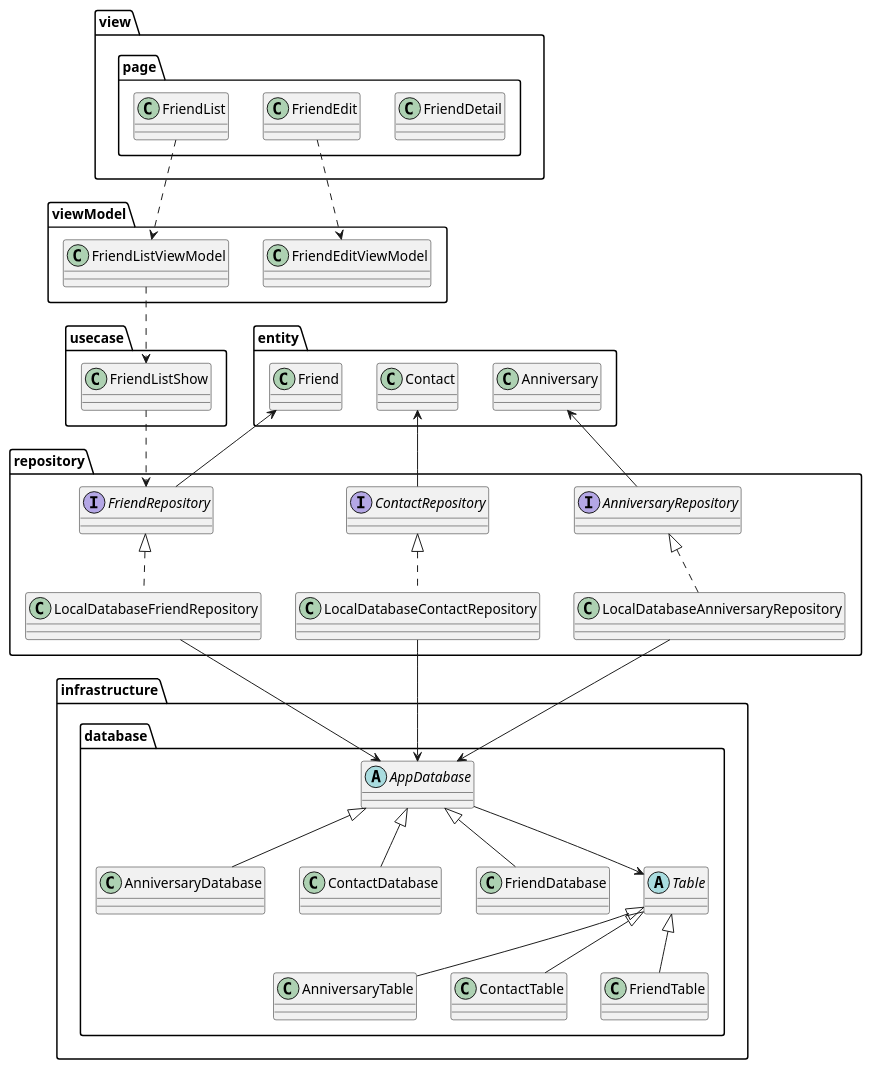
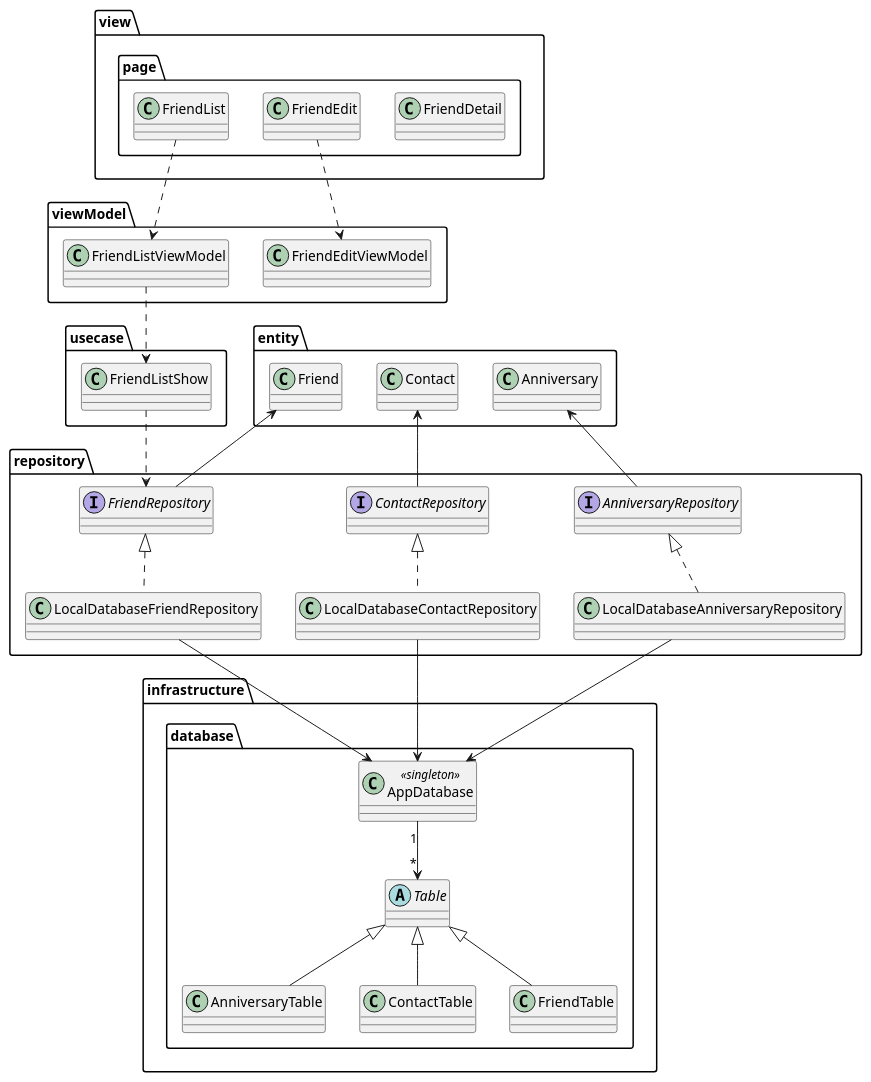
The diagram in uml/class_diagram.pu (nmskm240/friend_list), drawn with PlantUML before and after one commit. The commit also changed 12 other files, not shown here.

```diff
--- a/uml/class_diagram.pu
+++ b/uml/class_diagram.pu
@@ -1,76 +1,70 @@
 @startuml
 
 package view {
     package page {
         class FriendDetail
         class FriendEdit
         class FriendList
     }
 }
 
 package viewModel {
     class FriendListViewModel
     class FriendEditViewModel
 }
 
 package usecase {
     class FriendListShow
 }
 
 
 package repository {
     interface AnniversaryRepository
     interface ContactRepository
     interface FriendRepository
     class LocalDatabaseAnniversaryRepository
     class LocalDatabaseContactRepository
     class LocalDatabaseFriendRepository
 }
 
 package entity {
     class Anniversary
     class Contact
     class Friend
 }
 
 package infrastructure {
     package database {
-        class AnniversaryDatabase
         class AnniversaryTable
-        abstract AppDatabase
-        class ContactDatabase
+        class AppDatabase<<singleton>>
         class ContactTable
-        class FriendDatabase
         class FriendTable
         abstract Table
     }
 }
 
 FriendList ..> FriendListViewModel
 FriendEdit ..> FriendEditViewModel
 
 FriendListViewModel ..> FriendListShow
 
 FriendListShow ..> FriendRepository
 
 Anniversary <-- AnniversaryRepository
 Contact <-- ContactRepository
 Friend <-- FriendRepository
 
 AnniversaryRepository <|.. LocalDatabaseAnniversaryRepository
 ContactRepository <|.. LocalDatabaseContactRepository
 FriendRepository <|.. LocalDatabaseFriendRepository
 
 LocalDatabaseAnniversaryRepository --> AppDatabase
 LocalDatabaseContactRepository --> AppDatabase
 LocalDatabaseFriendRepository --> AppDatabase
 
-AppDatabase <|-- AnniversaryDatabase
-AppDatabase <|-- ContactDatabase
-AppDatabase <|-- FriendDatabase
 Table <|-- AnniversaryTable
 Table <|-- ContactTable
 Table <|-- FriendTable
-AppDatabase -->  Table
+AppDatabase "1" --> "*" Table
 
 @enduml
```
